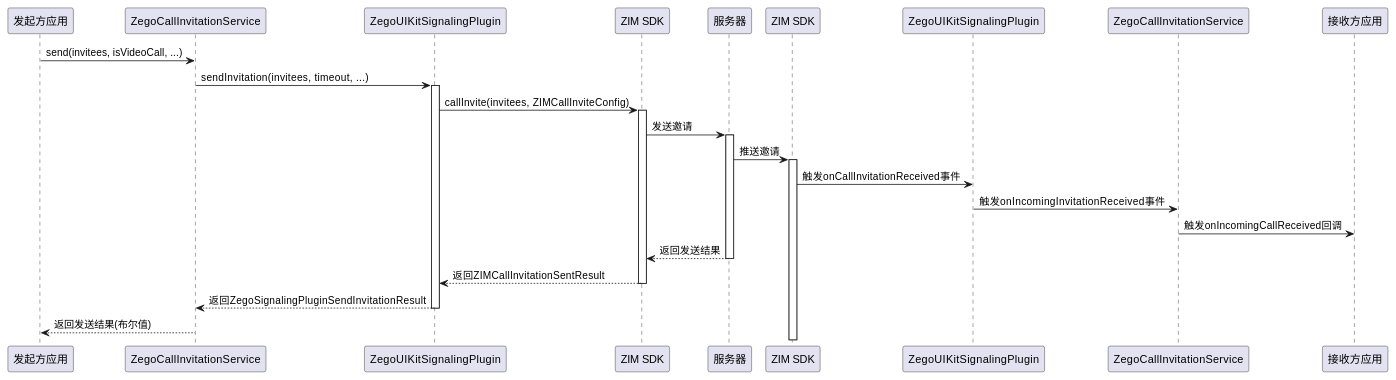
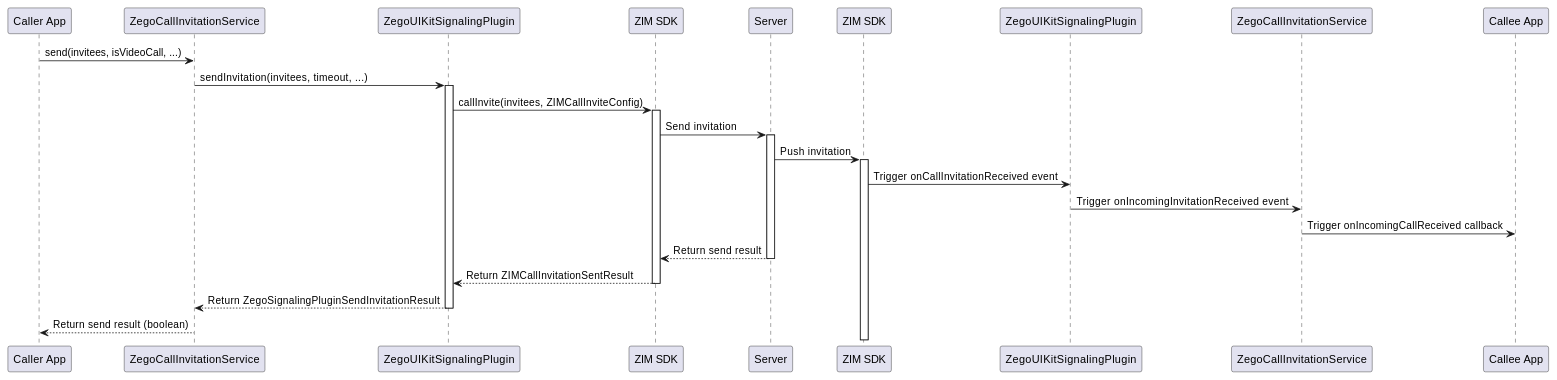
The first of 5 diagrams in documents/sequence_diagram.md (ZEGOCLOUD/zego_uikit_prebuilt_call_flutter), drawn with PlantUML before and after one commit. The commit also changed other lines of this file and 3 other files, not shown here.

````diff
--- a/documents/sequence_diagram.md
+++ b/documents/sequence_diagram.md
@@ -7,34 +7,34 @@
 ```plantuml
 @startuml
-participant "发起方应用" as AppA
+participant "Caller App" as AppA
 participant "ZegoCallInvitationService" as ServiceA
 participant "ZegoUIKitSignalingPlugin" as PluginA
 participant "ZIM SDK" as ZIMA
-participant "服务器" as Server
+participant "Server" as Server
 participant "ZIM SDK" as ZIMB
 participant "ZegoUIKitSignalingPlugin" as PluginB
 participant "ZegoCallInvitationService" as ServiceB
-participant "接收方应用" as AppB
+participant "Callee App" as AppB
 
 AppA -> ServiceA: send(invitees, isVideoCall, ...)
 ServiceA -> PluginA: sendInvitation(invitees, timeout, ...)
 activate PluginA
 PluginA -> ZIMA: callInvite(invitees, ZIMCallInviteConfig)
 activate ZIMA
-ZIMA -> Server: 发送邀请
+ZIMA -> Server: Send invitation
 activate Server
-Server -> ZIMB: 推送邀请
+Server -> ZIMB: Push invitation
 activate ZIMB
-ZIMB -> PluginB: 触发onCallInvitationReceived事件
-PluginB -> ServiceB: 触发onIncomingInvitationReceived事件
-ServiceB -> AppB: 触发onIncomingCallReceived回调
-Server --> ZIMA: 返回发送结果
+ZIMB -> PluginB: Trigger onCallInvitationReceived event
+PluginB -> ServiceB: Trigger onIncomingInvitationReceived event
+ServiceB -> AppB: Trigger onIncomingCallReceived callback
+Server --> ZIMA: Return send result
 deactivate Server
-ZIMA --> PluginA: 返回ZIMCallInvitationSentResult
+ZIMA --> PluginA: Return ZIMCallInvitationSentResult
 deactivate ZIMA
-PluginA --> ServiceA: 返回ZegoSignalingPluginSendInvitationResult
+PluginA --> ServiceA: Return ZegoSignalingPluginSendInvitationResult
 deactivate PluginA
-ServiceA --> AppA: 返回发送结果(布尔值)
+ServiceA --> AppA: Return send result (boolean)
 
 @enduml
 ```
````
